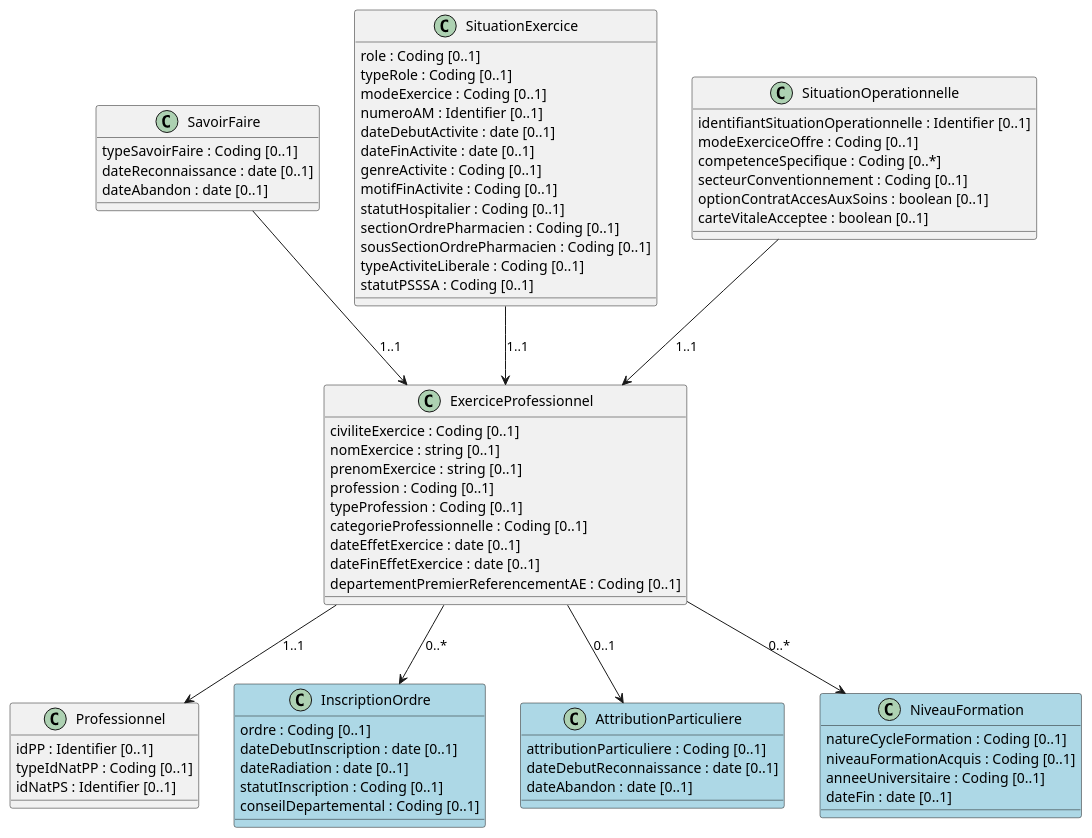
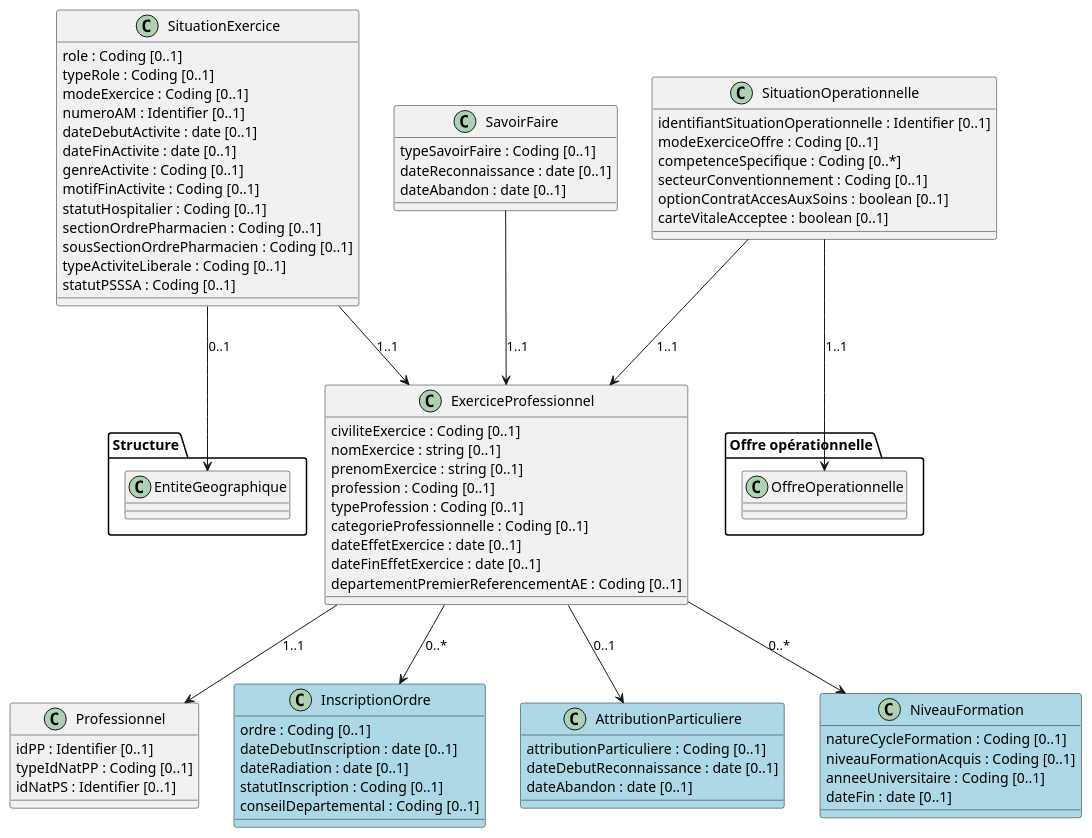
The diagram in input/images-source/professionnel.plantuml (ansforge/IG-modele-objets-sante), drawn with PlantUML before and after one commit. The commit also changed 6 other files, not shown here.

Commit message:
Test diagramme

```diff
--- a/input/images-source/professionnel.plantuml
+++ b/input/images-source/professionnel.plantuml
@@ -1,81 +1,91 @@
 @startuml
 
 Class ExerciceProfessionnel {
   civiliteExercice : Coding [0..1]
   nomExercice : string [0..1]
   prenomExercice : string [0..1]
   profession : Coding [0..1]
   typeProfession : Coding [0..1]
   categorieProfessionnelle : Coding [0..1]
   dateEffetExercice : date [0..1]
   dateFinEffetExercice : date [0..1]
   departementPremierReferencementAE : Coding [0..1]
 }
 
 Class Professionnel {
   idPP : Identifier [0..1]
   typeIdNatPP : Coding [0..1]
   idNatPS : Identifier [0..1]
 }
 
 Class SavoirFaire {
   typeSavoirFaire : Coding [0..1]
   dateReconnaissance : date [0..1]
   dateAbandon : date [0..1]
 }
 
 Class SituationExercice {
   role : Coding [0..1]
   typeRole : Coding [0..1]
   modeExercice : Coding [0..1]
   numeroAM : Identifier [0..1]
   dateDebutActivite : date [0..1]
   dateFinActivite : date [0..1]
   genreActivite : Coding [0..1]
   motifFinActivite : Coding [0..1]
   statutHospitalier : Coding [0..1]
   sectionOrdrePharmacien : Coding [0..1]
   sousSectionOrdrePharmacien : Coding [0..1]
   typeActiviteLiberale : Coding [0..1]
   statutPSSSA : Coding [0..1]
 }
 
 Class SituationOperationnelle {
   identifiantSituationOperationnelle : Identifier [0..1]
   modeExerciceOffre : Coding [0..1]
   competenceSpecifique : Coding [0..*]
   secteurConventionnement : Coding [0..1]
   optionContratAccesAuxSoins : boolean [0..1]
   carteVitaleAcceptee : boolean [0..1]
 }
 
 Class InscriptionOrdre #LightBlue {
   ordre : Coding [0..1]
   dateDebutInscription : date [0..1]
   dateRadiation : date [0..1]
   statutInscription : Coding [0..1]
   conseilDepartemental : Coding [0..1]
 }
 
 Class AttributionParticuliere #LightBlue {
   attributionParticuliere : Coding [0..1]
   dateDebutReconnaissance : date [0..1]
   dateAbandon : date [0..1]
 }
 
 Class NiveauFormation #LightBlue {
   natureCycleFormation : Coding [0..1]
   niveauFormationAcquis : Coding [0..1]
   anneeUniversitaire : Coding [0..1]
   dateFin : date [0..1]
 }
 
+
+package "Structure" {
+  Class EntiteGeographique
+}
+
+package "Offre opérationnelle" {
+  Class OffreOperationnelle
+}
 ExerciceProfessionnel --> Professionnel : 1..1
 SavoirFaire --> ExerciceProfessionnel : 1..1
 SituationExercice --> ExerciceProfessionnel : 1..1
 SituationOperationnelle --> ExerciceProfessionnel : 1..1
+SituationExercice --> EntiteGeographique : 0..1
+SituationOperationnelle --> OffreOperationnelle : 1..1
 ExerciceProfessionnel --> InscriptionOrdre : 0..*
 ExerciceProfessionnel --> AttributionParticuliere : 0..1
 ExerciceProfessionnel --> NiveauFormation : 0..*
 
 @enduml
```
